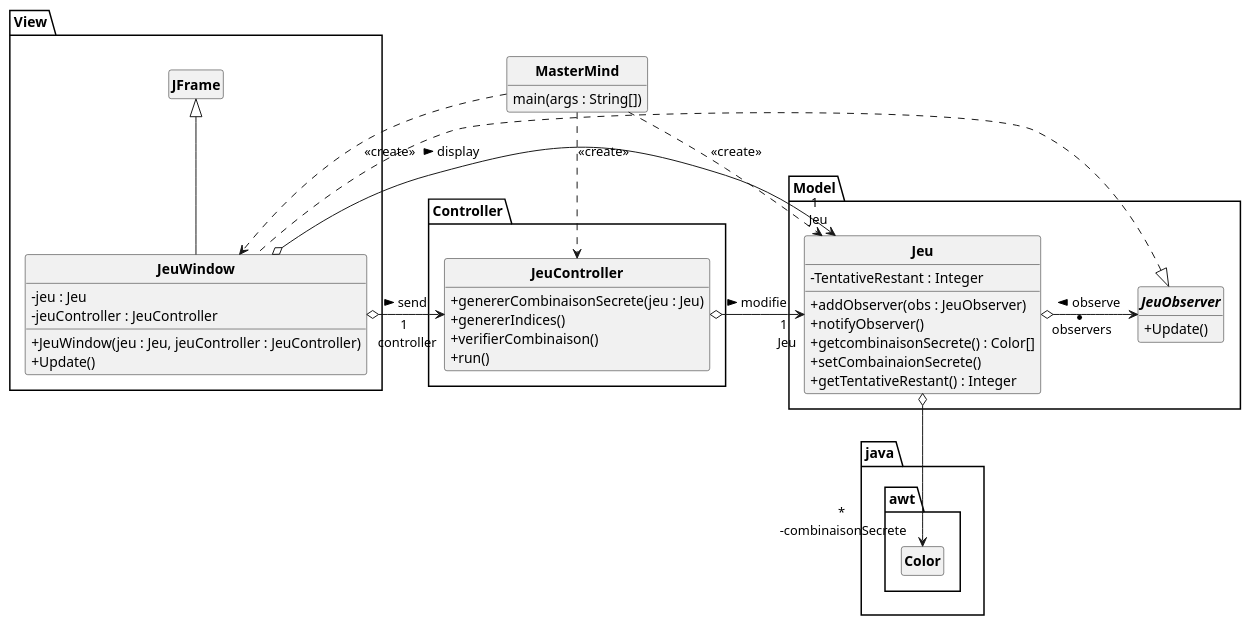
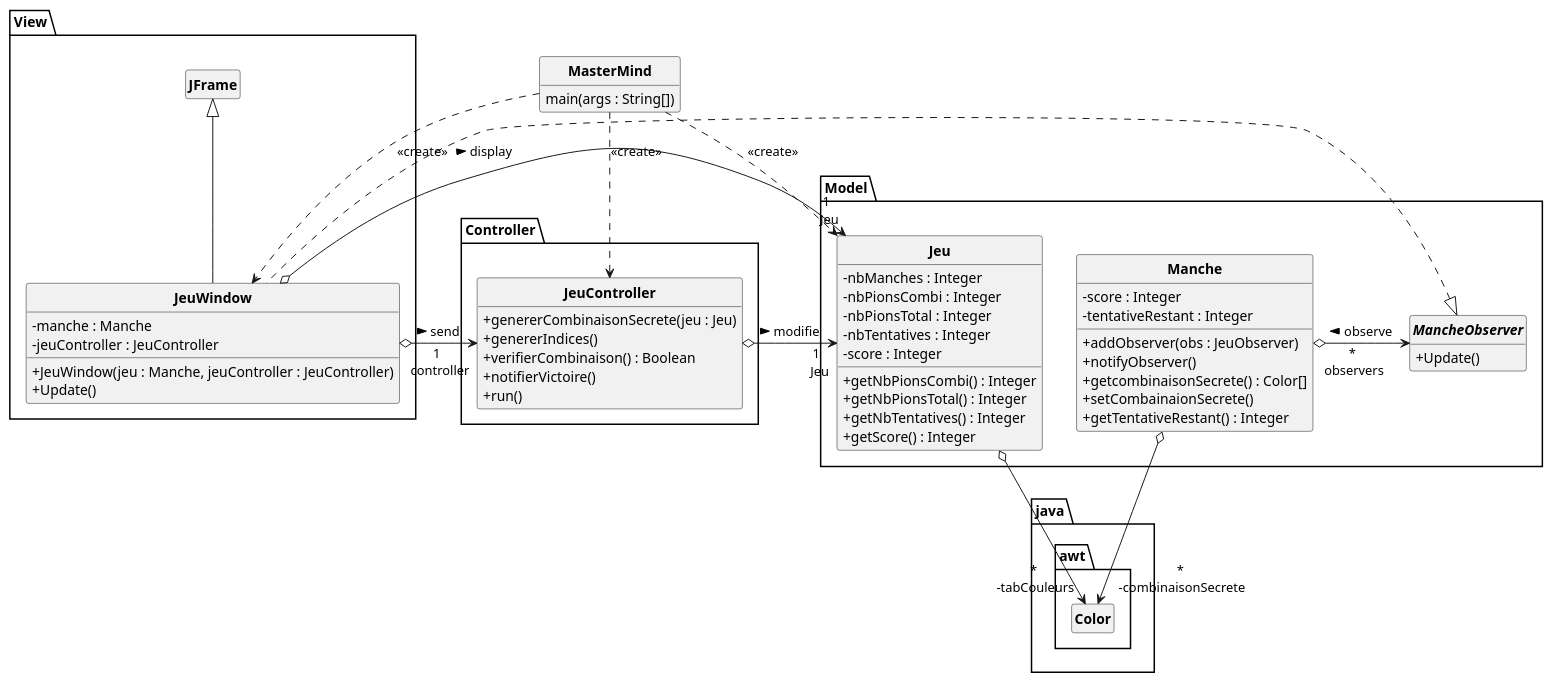
One commit to aymkoub/Mastermind changed the diagram in Mastermind/src/Mastermind.puml. Above: the diagram before and after it, drawn with PlantUML. The commit also changed other lines of this file and 5 other files, not shown here.

Commit message:
Suite du projet avec mise à jour de l'UML

```diff
--- a/Mastermind/src/Mastermind.puml
+++ b/Mastermind/src/Mastermind.puml
@@ -1,58 +1,73 @@
 @startuml
 'https://plantuml.com/class-diagram
 
 skinparam classAttributeIconSize 0
 skinparam classFontStyle Bold
 skinparam style strictuml
 hide empty members
 
 package Controller{
     class JeuController{
         + genererCombinaisonSecrete(jeu : Jeu)
         + genererIndices()
-        + verifierCombinaison()
+        + verifierCombinaison() : Boolean
+        + notifierVictoire()
         + run()
     }
 }
 
 package java.awt{
     class Color
 }
 
 package Model{
-    class Jeu {
-        - TentativeRestant : Integer
+    class Jeu{
+        - nbManches : Integer
+        - nbPionsCombi : Integer
+        - nbPionsTotal : Integer
+        - nbTentatives : Integer
+        - score : Integer
+        + getNbPionsCombi() : Integer
+        + getNbPionsTotal() : Integer
+        + getNbTentatives() : Integer
+        + getScore() : Integer
+    }
+    '''Jeu o--> "*\n-manches"Manche
+    class Manche {
+        - score : Integer
+        - tentativeRestant : Integer
         + addObserver(obs : JeuObserver)
         + notifyObserver()
         + getcombinaisonSecrete() : Color[]
         + setCombainaionSecrete()
         + getTentativeRestant() : Integer
     }
 
-    Jeu o-d->"*\n -combinaisonSecrete" Color
+    Jeu o-d->"*\n -tabCouleurs" Color
+    Manche o-d->"*\n -combinaisonSecrete" Color
 
-    interface JeuObserver{
+    interface MancheObserver{
        + Update()
     }
 }
 package View{
-    class JeuWindow extends JFrame implements Model.JeuObserver{
-        - jeu : Jeu
+    class JeuWindow extends JFrame implements Model.MancheObserver{
+        - manche : Manche
         - jeuController : JeuController
-        + JeuWindow(jeu : Jeu, jeuController : JeuController)
+        + JeuWindow(jeu : Manche, jeuController : JeuController)
         + Update()
 
     }
 }
 class MasterMind
 {
     main(args : String[])
 }
 View.JeuWindow o-> "1 \n controller"Controller.JeuController : > send
 View.JeuWindow o->"1 \n Jeu" Model.Jeu : > display
 MasterMind ..> View.JeuWindow : <<create>>
 MasterMind ..> Controller.JeuController : <<create>>
 MasterMind ..> Model.Jeu : <<create>>
-Model.Jeu "* \n observers" o-> Model.JeuObserver : < observe
+Model.Manche "*\n observers" o-> Model.MancheObserver : < observe
 Controller.JeuController o->"1 \n Jeu" Model.Jeu : > modifie
 @enduml
```
